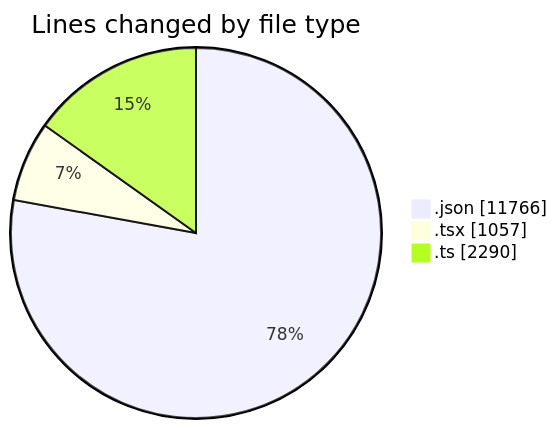
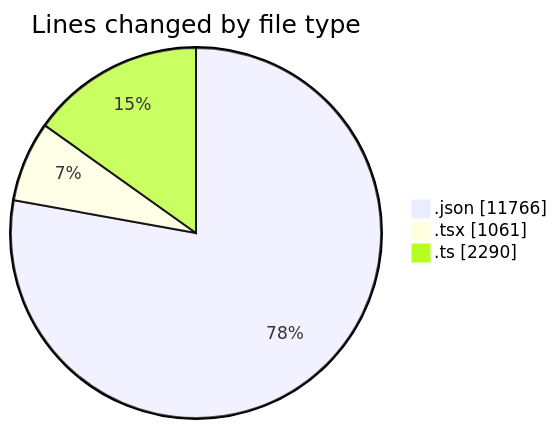
The first of 2 diagrams in 2026-04-16/airfeed-analytics-dashboard/README.md (nxtqubesakshisongat/code-tracking), drawn with Mermaid before and after one commit. The commit also changed other lines of this file and 1 other file, not shown here.

````diff
--- a/2026-04-16/airfeed-analytics-dashboard/README.md
+++ b/2026-04-16/airfeed-analytics-dashboard/README.md
@@ -33,7 +33,7 @@
 ```mermaid
 pie showData
 title Lines changed by file type
 ".json" : 11766
-".tsx" : 1057
+".tsx" : 1061
 ".ts" : 2290
 ```
````
